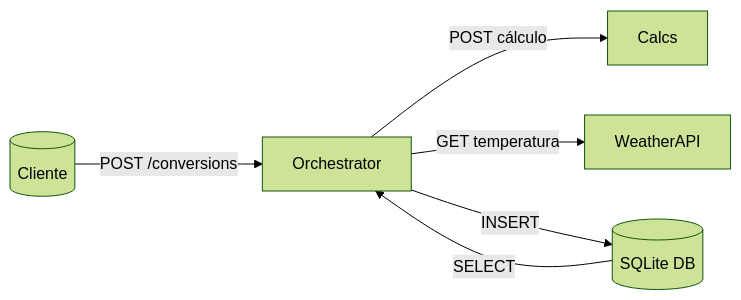
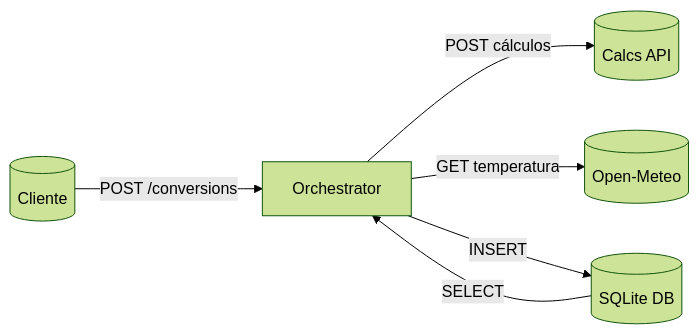
The diagram in README.md (Brunotech411/MVP-englab-orchestrator-api), drawn with Mermaid (forest theme) before and after one commit. The commit also changed other lines of this file, not shown here.

````diff
--- a/README.md
+++ b/README.md
@@ -125,12 +140,11 @@
 ```mermaid
 flowchart LR
 
-Client[(Cliente)]
-    -->|POST /conversions| Orchestrator
+Client[(Cliente)] -->|POST /conversions| Orchestrator
 
-Orchestrator -->|POST cálculo| Calcs
-Orchestrator -->|GET temperatura| WeatherAPI
+Orchestrator -->|POST cálculos| CalcsAPI[(Calcs API)]
+Orchestrator -->|GET temperatura| WeatherAPI[(Open-Meteo)]
 
 Orchestrator -->|INSERT| SQLite[(SQLite DB)]
 SQLite -->|SELECT| Orchestrator
 ```
````
